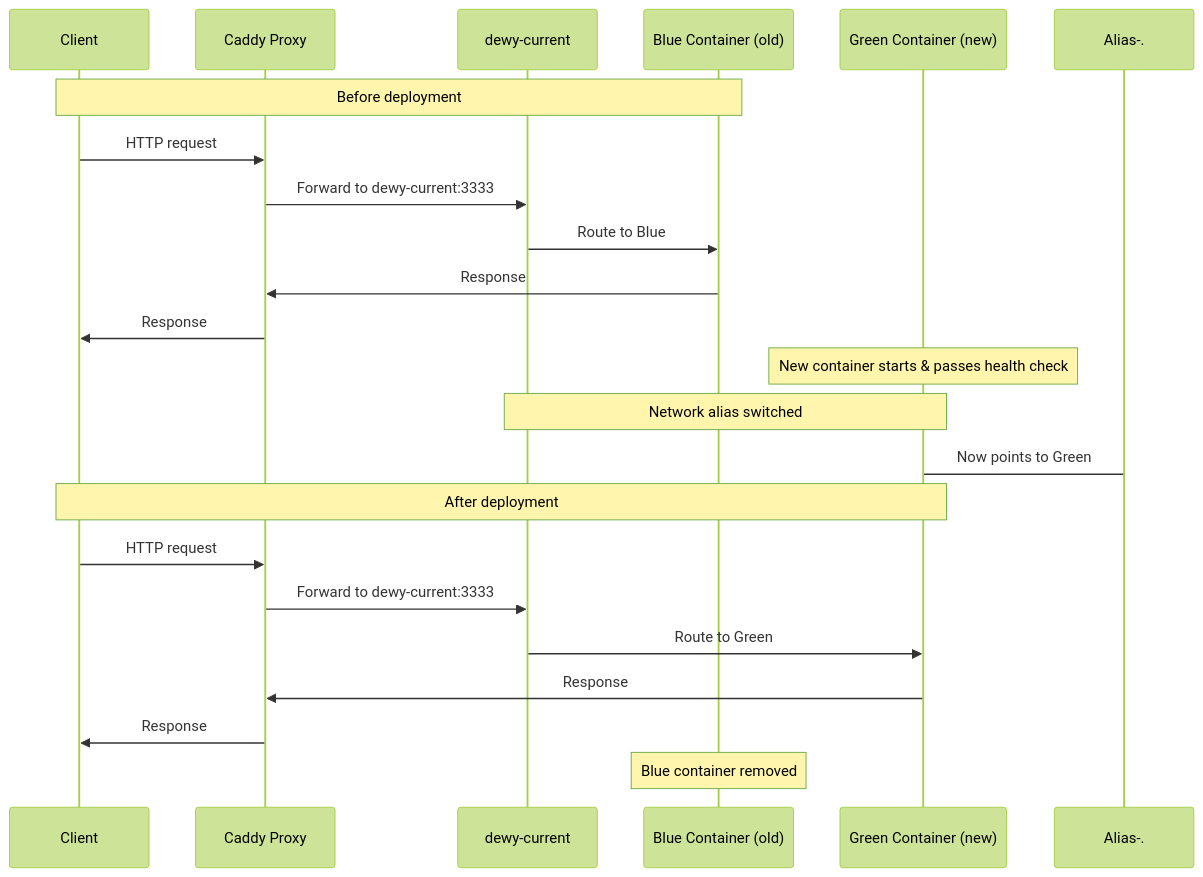
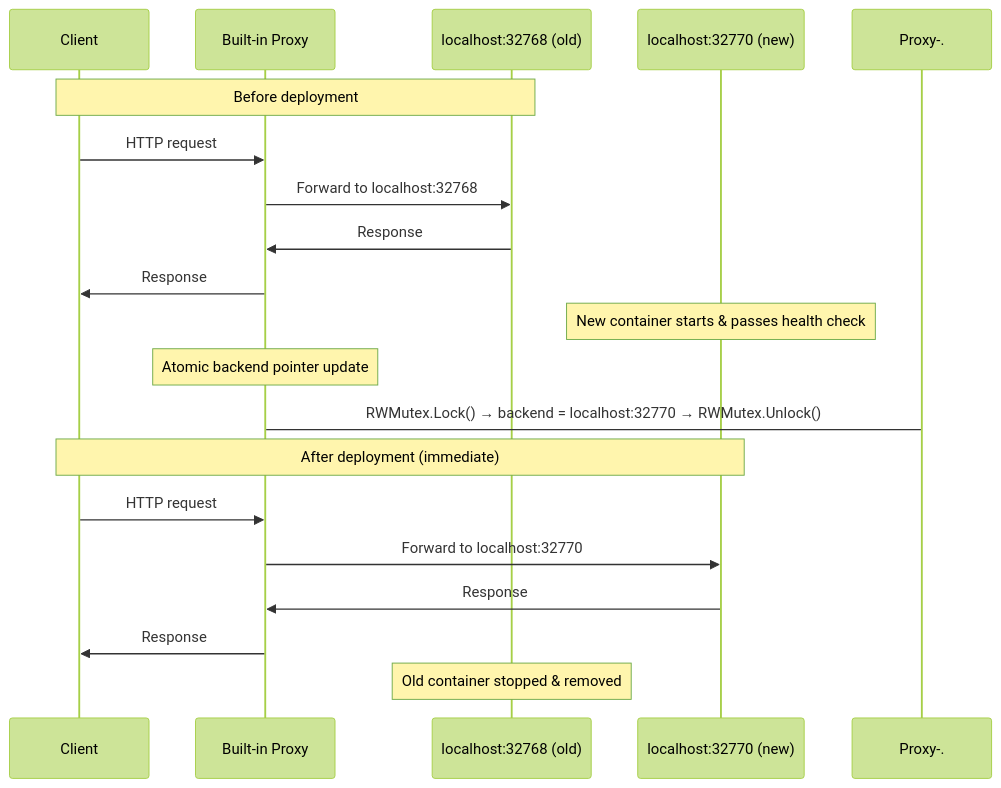
One commit to linyows/dewy changed the fourth of 5 diagrams in docs/pages/deployment-workflow.md. Above: the diagram before and after it, drawn with Mermaid (forest theme). The commit also changed other lines of this file and 1 other file, not shown here.

First line of the commit message:
Update deployment workflow docs to reflect built-in proxy architecture

````diff
--- a/docs/pages/deployment-workflow.md
+++ b/docs/pages/deployment-workflow.md
@@ -606,29 +592,26 @@
 ```mermaid
 sequenceDiagram
     participant Client
-    participant Proxy as Caddy Proxy
-    participant Alias as dewy-current
-    participant Blue as Blue Container (old)
-    participant Green as Green Container (new)
+    participant Proxy as Built-in Proxy
+    participant Blue as localhost:32768 (old)
+    participant Green as localhost:32770 (new)
 
     Note over Client,Blue: Before deployment
     Client->>Proxy: HTTP request
-    Proxy->>Alias: Forward to dewy-current:3333
-    Alias->>Blue: Route to Blue
+    Proxy->>Blue: Forward to localhost:32768
     Blue->>Proxy: Response
     Proxy->>Client: Response
 
     Note over Green: New container starts & passes health check
 
-    Note over Alias,Green: Network alias switched
-    Alias-.->Green: Now points to Green
+    Note over Proxy: Atomic backend pointer update
+    Proxy-.->Proxy: RWMutex.Lock() → backend = localhost:32770 → RWMutex.Unlock()
 
-    Note over Client,Green: After deployment
+    Note over Client,Green: After deployment (immediate)
     Client->>Proxy: HTTP request
-    Proxy->>Alias: Forward to dewy-current:3333
-    Alias->>Green: Route to Green
+    Proxy->>Green: Forward to localhost:32770
     Green->>Proxy: Response
     Proxy->>Client: Response
 
-    Note over Blue: Blue container removed
+    Note over Blue: Old container stopped & removed
 ```
````
